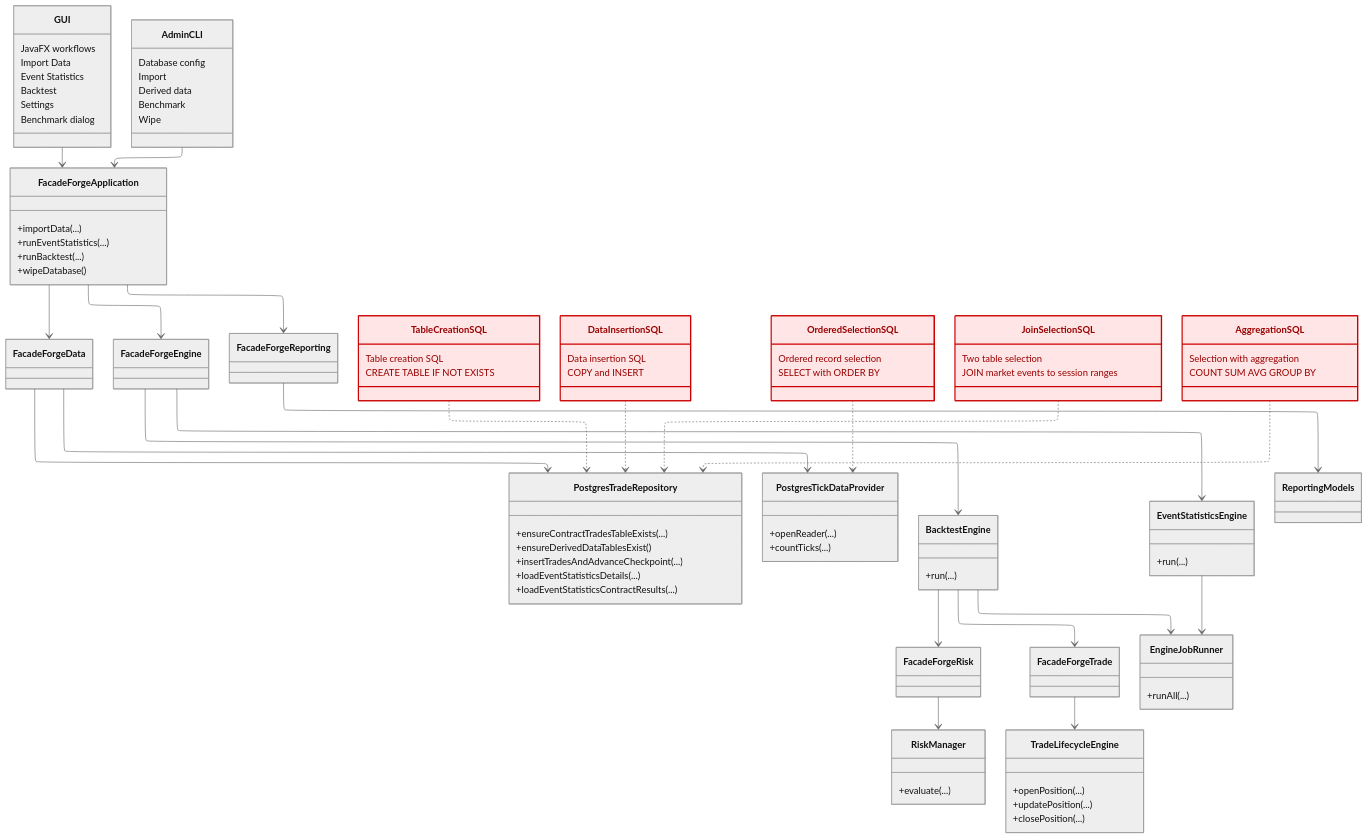
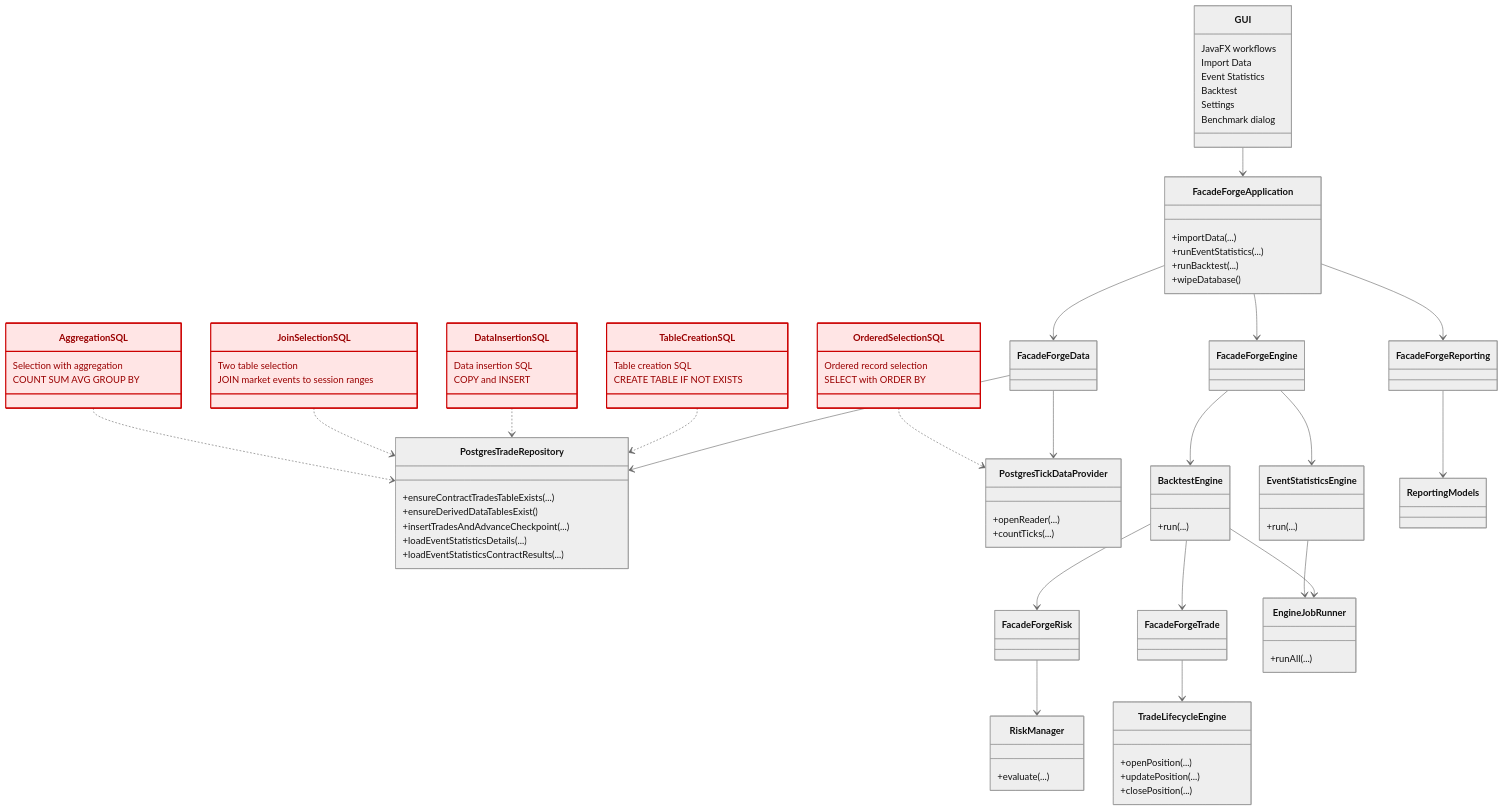
One commit to probst-paul/FORGE changed the diagram in docs/diagrams/class-model.md. Above: the diagram before and after it, drawn with Mermaid (neutral theme). The commit also changed 39 other files, not shown here.

````diff
--- a/docs/diagrams/class-model.md
+++ b/docs/diagrams/class-model.md
@@ -3,8 +3,5 @@
 ```mermaid
----
-config:
-  layout: elk
----
+
 classDiagram
     direction TB
 
@@ -15,14 +12,6 @@
         Backtest
         Settings
         Benchmark dialog
-    }
-
-    class AdminCLI {
-        Database config
-        Import
-        Derived data
-        Benchmark
-        Wipe
     }
 
     class FacadeForgeApplication {
@@ -101,8 +90,6 @@
     }
 
     GUI --> FacadeForgeApplication
-    AdminCLI --> FacadeForgeApplication
-
     FacadeForgeApplication --> FacadeForgeData
     FacadeForgeApplication --> FacadeForgeEngine
     FacadeForgeApplication --> FacadeForgeReporting
````
